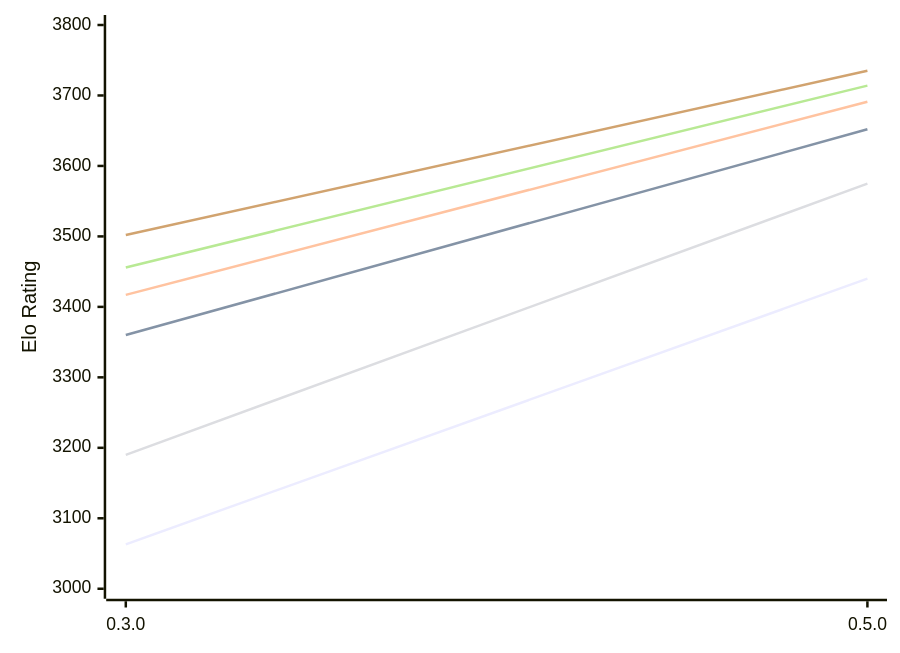
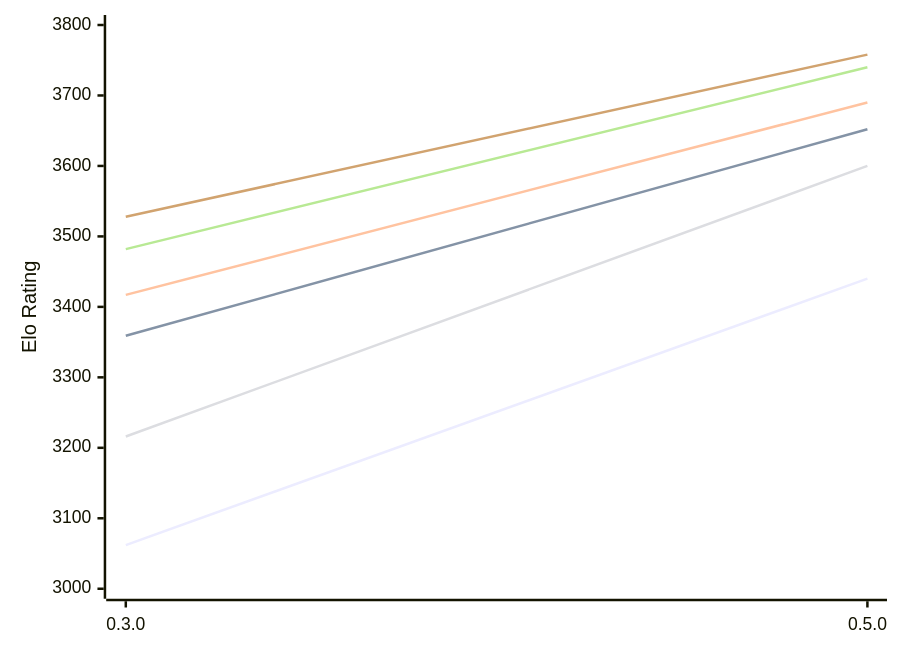
The first of 2 diagrams in engines/Justbot.md (computer-chess-index/cci), drawn with Mermaid before and after one commit. The commit also changed other lines of this file, not shown here.

Commit message:
Update CCI Ratings (ELO VLTC) - 2026-11-04

````diff
--- a/engines/Justbot.md
+++ b/engines/Justbot.md
@@ -53,12 +53,12 @@
 ```mermaid
 %%{init: {"theme":"base","themeVariables":{"seriesColors:['#a3a3a3','#222221','#faa371']}}}%%
 xychart-beta
   x-axis ["0.3.0", "0.5.0"]
   y-axis "Elo Rating" 3000 --> 3800
-  line "E1: STC (8.0+0.08s)" [3063, 3440]
-  line "E1: LTC (60.0+0.60s)" [3360, 3652]
-  line "E1: VLTC (2m24s+1.12s)" [3417, 3691]
-  line "P1: STC (8.0+0.08s)" [3190, 3575]
-  line "P1: LTC (60.0+0.60s)" [3456, 3714]
-  line "P1: VLTC (2m24s+1.12s)" [3502, 3735]
+  line "E1: STC (8.0+0.08s)" [3062, 3440]
+  line "E1: LTC (60.0+0.60s)" [3359, 3652]
+  line "E1: VLTC (2m24s+1.12s)" [3417, 3690]
+  line "P1: STC (8.0+0.08s)" [3216, 3600]
+  line "P1: LTC (60.0+0.60s)" [3482, 3740]
+  line "P1: VLTC (2m24s+1.12s)" [3528, 3758]
 ```
````
